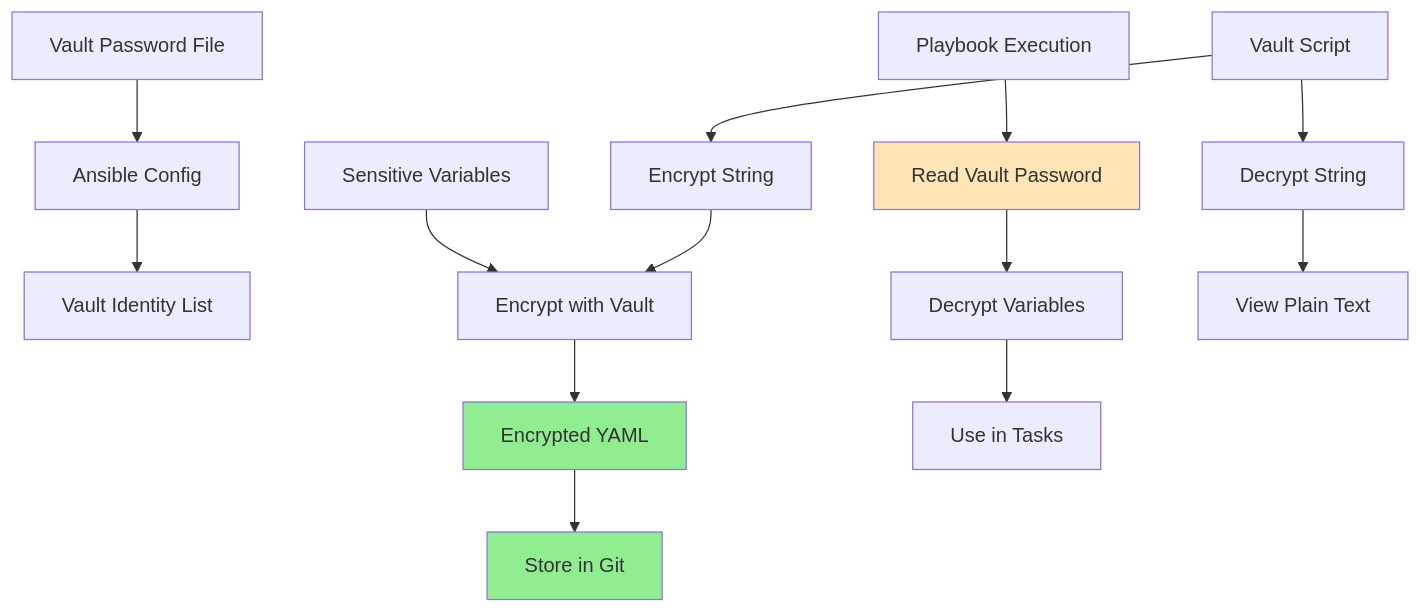
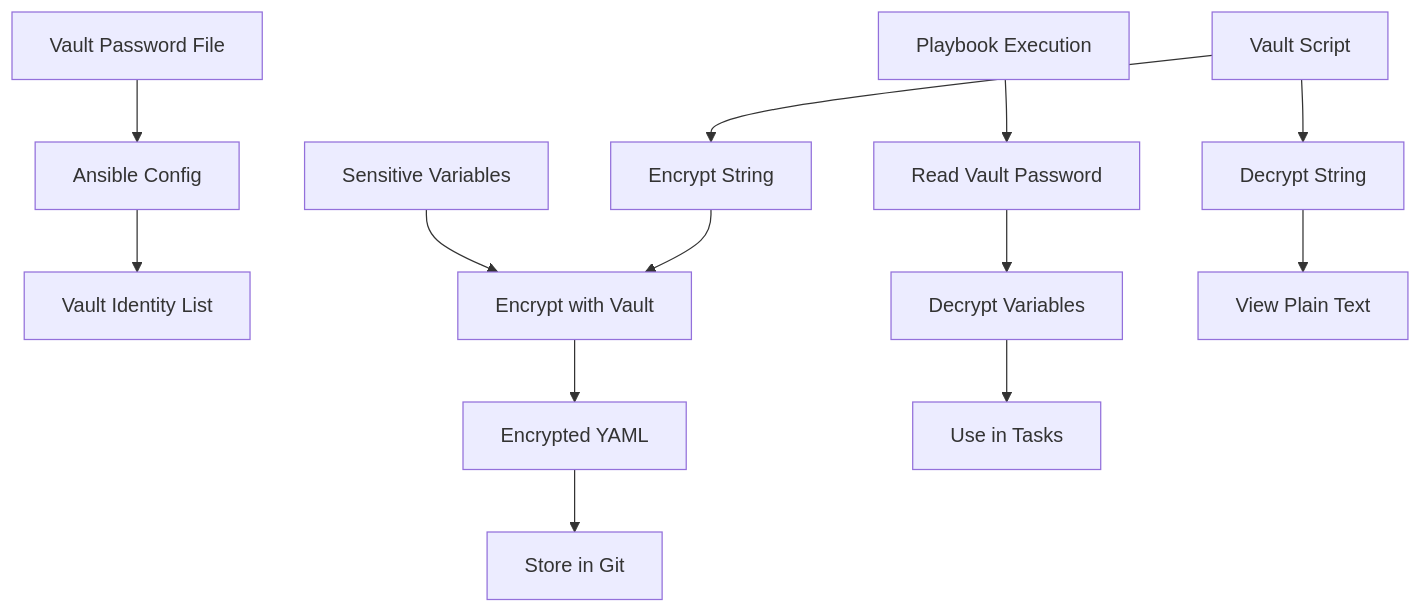
One commit to 4gh0rn/dev-blog changed the sixth of 8 diagrams in docs/projects/vserver-setup.md. Above: the diagram before and after it, drawn with Mermaid. The commit also changed other lines of this file and 17 other files, not shown here.

````diff
--- a/docs/projects/vserver-setup.md
+++ b/docs/projects/vserver-setup.md
@@ -244,22 +238,18 @@
 ```mermaid
 graph TB
     A[Vault Password File] --> B[Ansible Config]
     B --> C[Vault Identity List]
     
     D[Sensitive Variables] --> E[Encrypt with Vault]
     E --> F[Encrypted YAML]
     F --> G[Store in Git]
     
     H[Playbook Execution] --> I[Read Vault Password]
     I --> J[Decrypt Variables]
     J --> K[Use in Tasks]
     
     L[Vault Script] --> M[Encrypt String]
     L --> N[Decrypt String]
     M --> E
     N --> O[View Plain Text]
-    
-    style F fill:#90EE90
-    style G fill:#90EE90
-    style I fill:#FFE4B5
 ```
````
